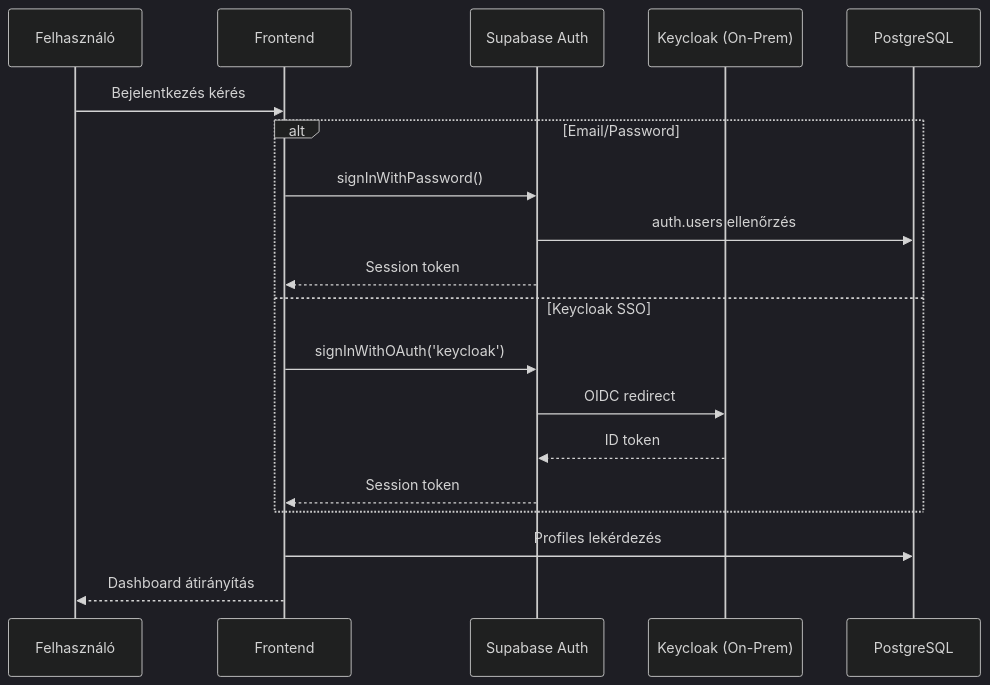
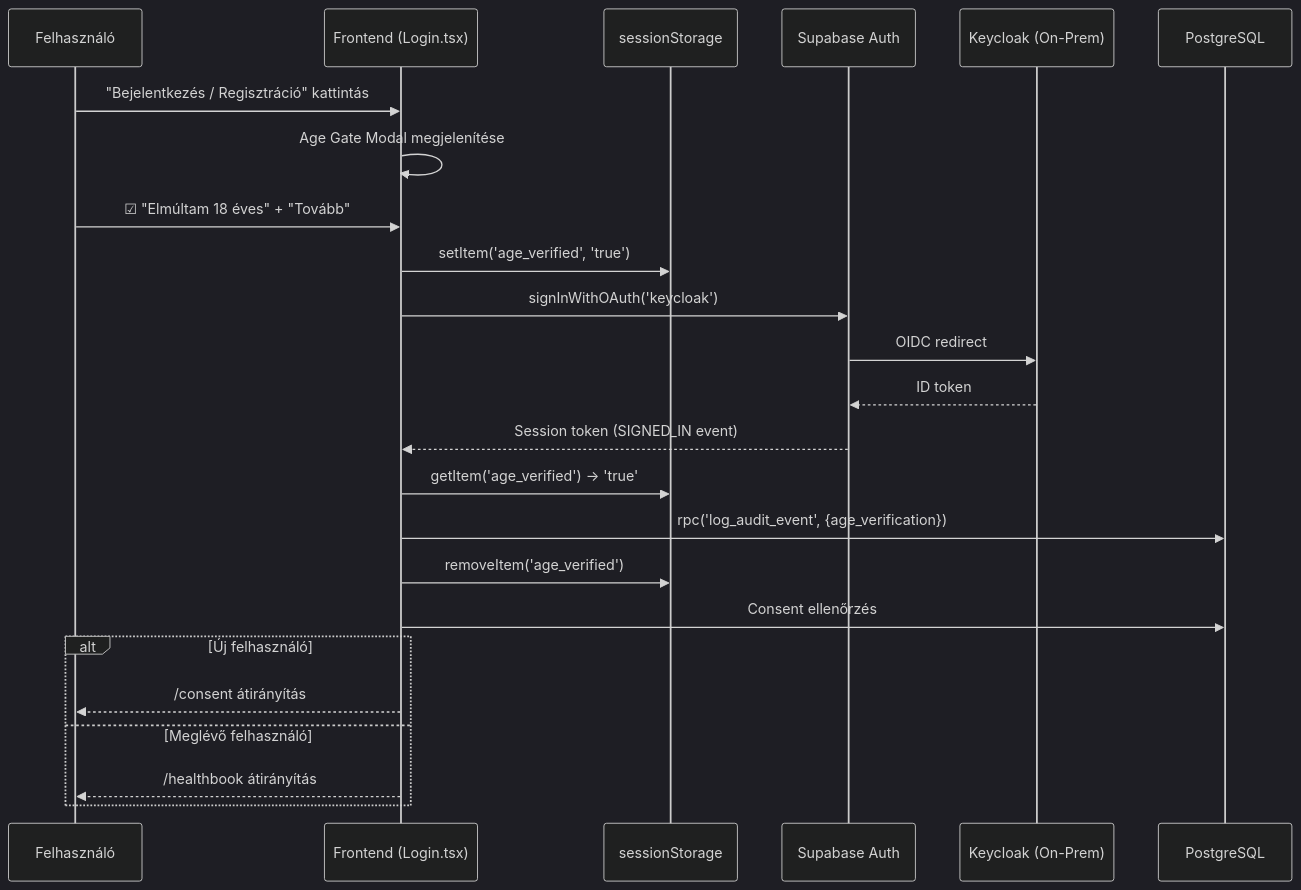
The diagram in docs/TECHNICAL-SYSTEM-DESCRIPTION.md (lovablehw/public_notebooknak), drawn with Mermaid (dark theme) before and after one commit. The commit also changed other lines of this file, not shown here.

````diff
--- a/docs/TECHNICAL-SYSTEM-DESCRIPTION.md
+++ b/docs/TECHNICAL-SYSTEM-DESCRIPTION.md
@@ -171,22 +203,27 @@
 ```mermaid
 sequenceDiagram
     participant U as Felhasználó
-    participant F as Frontend
+    participant F as Frontend (Login.tsx)
+    participant SS as sessionStorage
     participant A as Supabase Auth
     participant K as Keycloak (On-Prem)
     participant DB as PostgreSQL
 
-    U->>F: Bejelentkezés kérés
-    alt Email/Password
-        F->>A: signInWithPassword()
-        A->>DB: auth.users ellenőrzés
-        A-->>F: Session token
-    else Keycloak SSO
-        F->>A: signInWithOAuth('keycloak')
-        A->>K: OIDC redirect
-        K-->>A: ID token
-        A-->>F: Session token
+    U->>F: "Bejelentkezés / Regisztráció" kattintás
+    F->>F: Age Gate Modal megjelenítése
+    U->>F: ☑ "Elmúltam 18 éves" + "Tovább"
+    F->>SS: setItem('age_verified', 'true')
+    F->>A: signInWithOAuth('keycloak')
+    A->>K: OIDC redirect
+    K-->>A: ID token
+    A-->>F: Session token (SIGNED_IN event)
+    F->>SS: getItem('age_verified') → 'true'
+    F->>DB: rpc('log_audit_event', {age_verification})
+    F->>SS: removeItem('age_verified')
+    F->>DB: Consent ellenőrzés
+    alt Új felhasználó
+        F-->>U: /consent átirányítás
+    else Meglévő felhasználó
+        F-->>U: /healthbook átirányítás
     end
-    F->>DB: Profiles lekérdezés
-    F-->>U: Dashboard átirányítás
 ```
````
